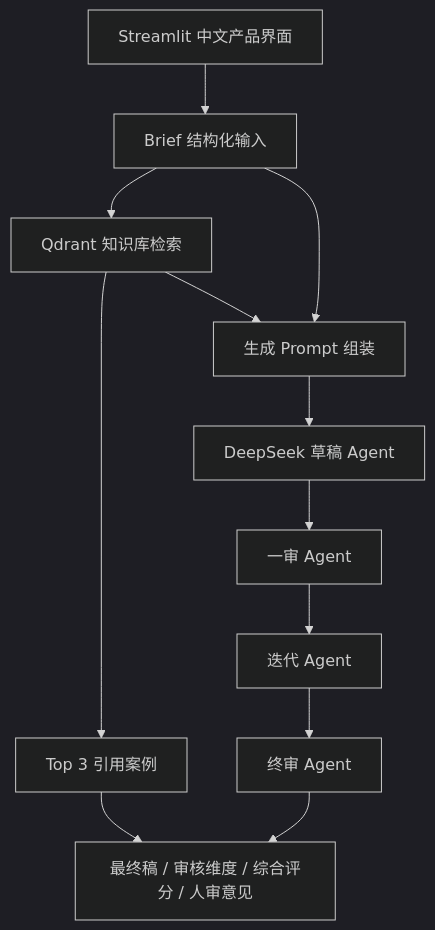
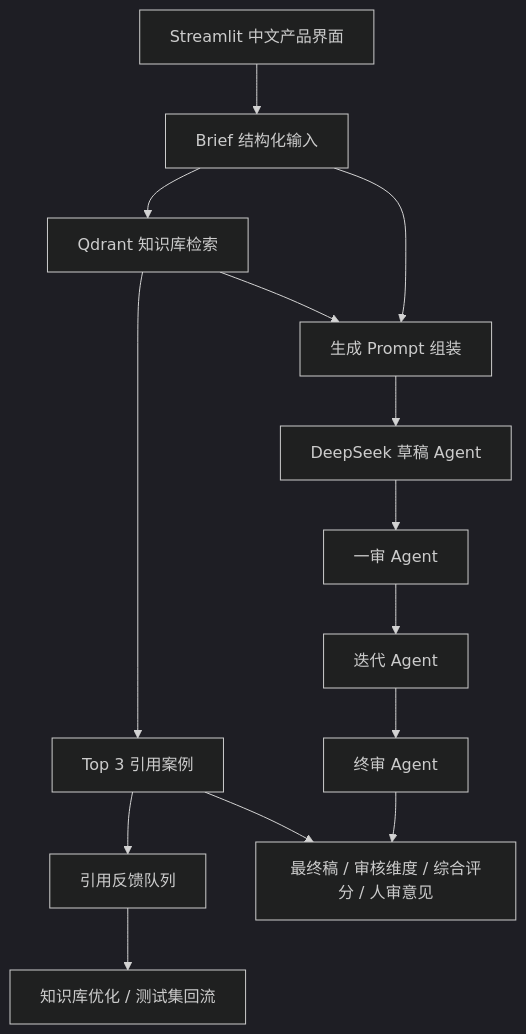
The diagram in docs/ARCHITECTURE.md (iamnotalle/AI-keyboard-marketing-platform-v2), drawn with Mermaid (dark theme) before and after one commit. The commit also changed other lines of this file and 5 other files, not shown here.

````diff
--- a/docs/ARCHITECTURE.md
+++ b/docs/ARCHITECTURE.md
@@ -5,14 +5,16 @@
 ```mermaid
 flowchart TD
     UI["Streamlit 中文产品界面"] --> Brief["Brief 结构化输入"]
     Brief --> Retrieval["Qdrant 知识库检索"]
     Retrieval --> References["Top 3 引用案例"]
+    References --> Feedback["引用反馈队列"]
     Retrieval --> Prompt["生成 Prompt 组装"]
     Brief --> Prompt
     Prompt --> Draft["DeepSeek 草稿 Agent"]
     Draft --> Review1["一审 Agent"]
     Review1 --> Revise["迭代 Agent"]
     Revise --> Review2["终审 Agent"]
     Review2 --> Output["最终稿 / 审核维度 / 综合评分 / 人审意见"]
     References --> Output
+    Feedback --> Ops["知识库优化 / 测试集回流"]
 ```
````
